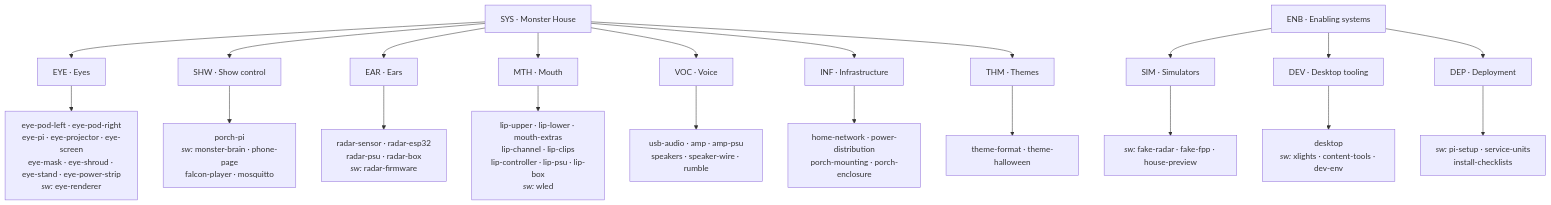
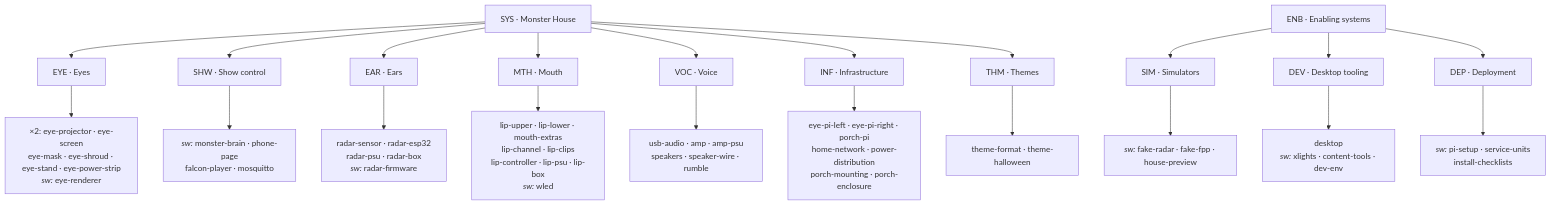
Before and after one commit to goatsnboats/monster-house: the first of 2 diagrams in docs/requirements/spec-tree.md, drawn with Mermaid. The commit also changed other lines of this file and 1 other file, not shown here.

First line of the commit message:
docs: spec tree, owner decisions Q2 (FPP stays in Show control) and Q14 (Pis to INF)

````diff
--- a/docs/requirements/spec-tree.md
+++ b/docs/requirements/spec-tree.md
@@ -36,26 +38,26 @@
 ```mermaid
 flowchart TB
   SYS["SYS · Monster House"]
   SYS --> EYE["EYE · Eyes"]
   SYS --> SHW["SHW · Show control"]
   SYS --> EAR["EAR · Ears"]
   SYS --> MTH["MTH · Mouth"]
   SYS --> VOC["VOC · Voice"]
   SYS --> INF["INF · Infrastructure"]
   SYS --> THM["THM · Themes"]
-  EYE --> EYEc["eye-pod-left · eye-pod-right<br/>eye-pi · eye-projector · eye-screen<br/>eye-mask · eye-shroud · eye-stand · eye-power-strip<br/><i>sw:</i> eye-renderer"]
-  SHW --> SHWc["porch-pi<br/><i>sw:</i> monster-brain · phone-page<br/>falcon-player · mosquitto"]
+  EYE --> EYEc["×2: eye-projector · eye-screen<br/>eye-mask · eye-shroud · eye-stand · eye-power-strip<br/><i>sw:</i> eye-renderer"]
+  SHW --> SHWc["<i>sw:</i> monster-brain · phone-page<br/>falcon-player · mosquitto"]
   EAR --> EARc["radar-sensor · radar-esp32<br/>radar-psu · radar-box<br/><i>sw:</i> radar-firmware"]
   MTH --> MTHc["lip-upper · lip-lower · mouth-extras<br/>lip-channel · lip-clips<br/>lip-controller · lip-psu · lip-box<br/><i>sw:</i> wled"]
   VOC --> VOCc["usb-audio · amp · amp-psu<br/>speakers · speaker-wire · rumble"]
-  INF --> INFc["home-network · power-distribution<br/>porch-mounting · porch-enclosure"]
+  INF --> INFc["eye-pi-left · eye-pi-right · porch-pi<br/>home-network · power-distribution<br/>porch-mounting · porch-enclosure"]
   THM --> THMc["theme-format · theme-halloween"]
 
   ENB["ENB · Enabling systems"]
   ENB --> SIM["SIM · Simulators"]
   ENB --> DEV["DEV · Desktop tooling"]
   ENB --> DEP["DEP · Deployment"]
   SIM --> SIMc["<i>sw:</i> fake-radar · fake-fpp · house-preview"]
   DEV --> DEVc["desktop<br/><i>sw:</i> xlights · content-tools · dev-env"]
   DEP --> DEPc["<i>sw:</i> pi-setup · service-units<br/>install-checklists"]
 ```
````
